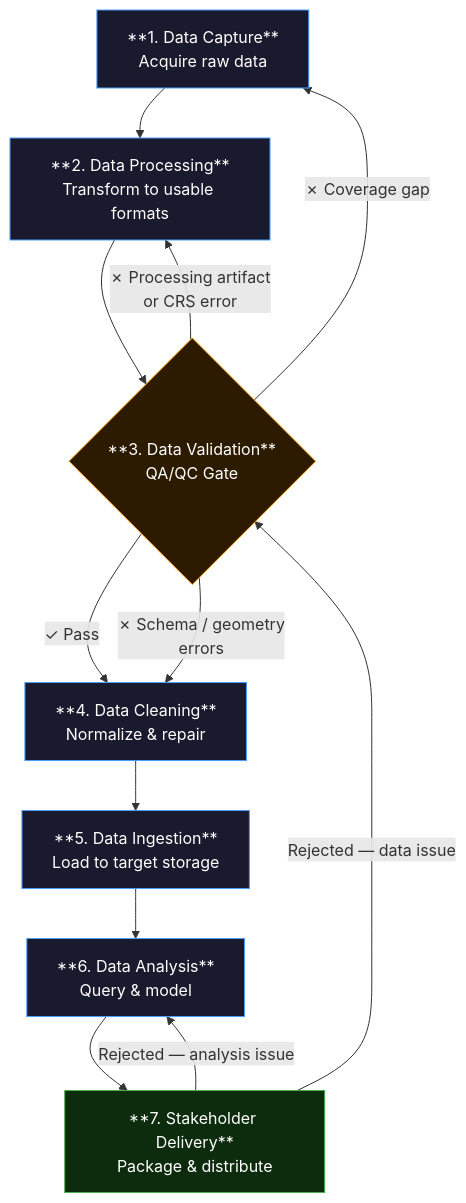
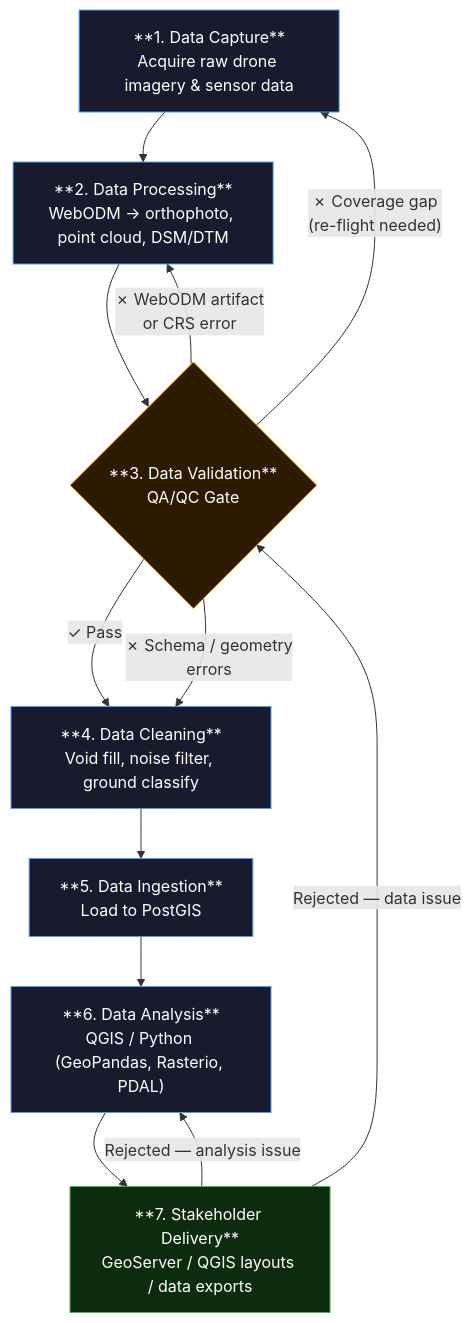
One commit to kibwehoward/pigeon-sight changed the diagram in diagrams/workflow.md. Above: the diagram before and after it, drawn with Mermaid. The commit also changed other lines of this file and 1 other file, not shown here.

Commit message:
Update workflow diagrams to drone-specific, FOSS4G-stack framing
Update node subtitles in Mermaid and SVG diagrams to reflect
drone data types and reference tools: WebODM for processing,
PostGIS for ingestion, QGIS/Python for analysis, GeoServer for
delivery. Update failure routing labels to match.

````diff
--- a/diagrams/workflow.md
+++ b/diagrams/workflow.md
@@ -3,33 +3,33 @@
 ```mermaid
 flowchart TD
-    CAP["**1. Data Capture**\nAcquire raw data"]
-    PRO["**2. Data Processing**\nTransform to usable formats"]
+    CAP["**1. Data Capture**\nAcquire raw drone imagery & sensor data"]
+    PRO["**2. Data Processing**\nWebODM → orthophoto, point cloud, DSM/DTM"]
     VAL{"**3. Data Validation**\nQA/QC Gate"}
-    CLN["**4. Data Cleaning**\nNormalize & repair"]
-    ING["**5. Data Ingestion**\nLoad to target storage"]
-    ANA["**6. Data Analysis**\nQuery & model"]
-    DEL["**7. Stakeholder Delivery**\nPackage & distribute"]
+    CLN["**4. Data Cleaning**\nVoid fill, noise filter, ground classify"]
+    ING["**5. Data Ingestion**\nLoad to PostGIS"]
+    ANA["**6. Data Analysis**\nQGIS / Python (GeoPandas, Rasterio, PDAL)"]
+    DEL["**7. Stakeholder Delivery**\nGeoServer / QGIS layouts / data exports"]
 
     CAP --> PRO
     PRO --> VAL
 
     VAL -->|"✓ Pass"| CLN
-    VAL -->|"✗ Coverage gap"| CAP
-    VAL -->|"✗ Processing artifact\nor CRS error"| PRO
+    VAL -->|"✗ Coverage gap\n(re-flight needed)"| CAP
+    VAL -->|"✗ WebODM artifact\nor CRS error"| PRO
     VAL -->|"✗ Schema / geometry\nerrors"| CLN
 
     CLN --> ING
     ING --> ANA
     ANA --> DEL
 
     DEL -->|"Rejected — analysis issue"| ANA
     DEL -->|"Rejected — data issue"| VAL
 
     style CAP fill:#1a1a2e,color:#fff,stroke:#4a9eff
     style PRO fill:#1a1a2e,color:#fff,stroke:#4a9eff
     style VAL fill:#2d1b00,color:#fff,stroke:#ff9900
     style CLN fill:#1a1a2e,color:#fff,stroke:#4a9eff
     style ING fill:#1a1a2e,color:#fff,stroke:#4a9eff
     style ANA fill:#1a1a2e,color:#fff,stroke:#4a9eff
     style DEL fill:#0d2b0d,color:#fff,stroke:#4caf50
 ```
````
